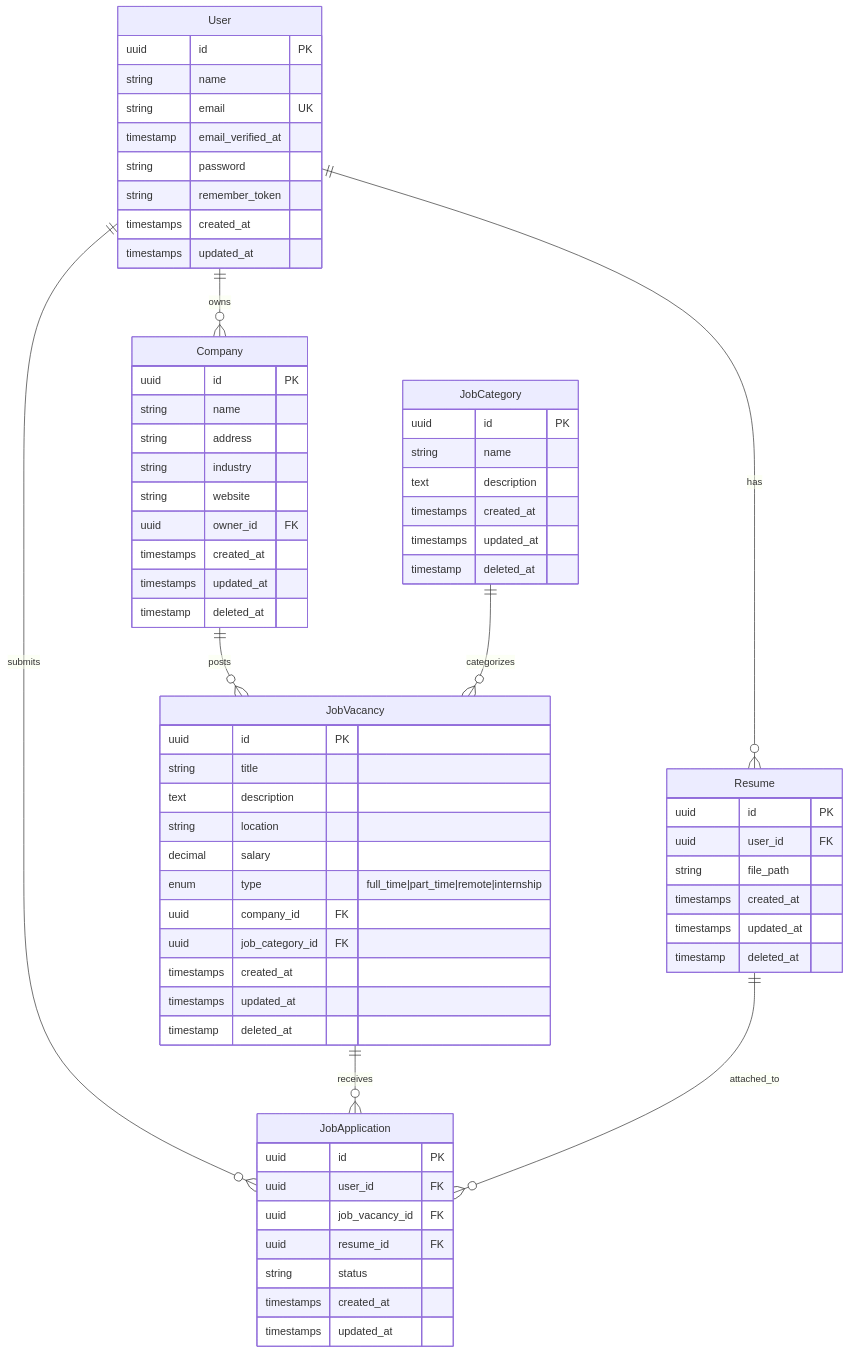
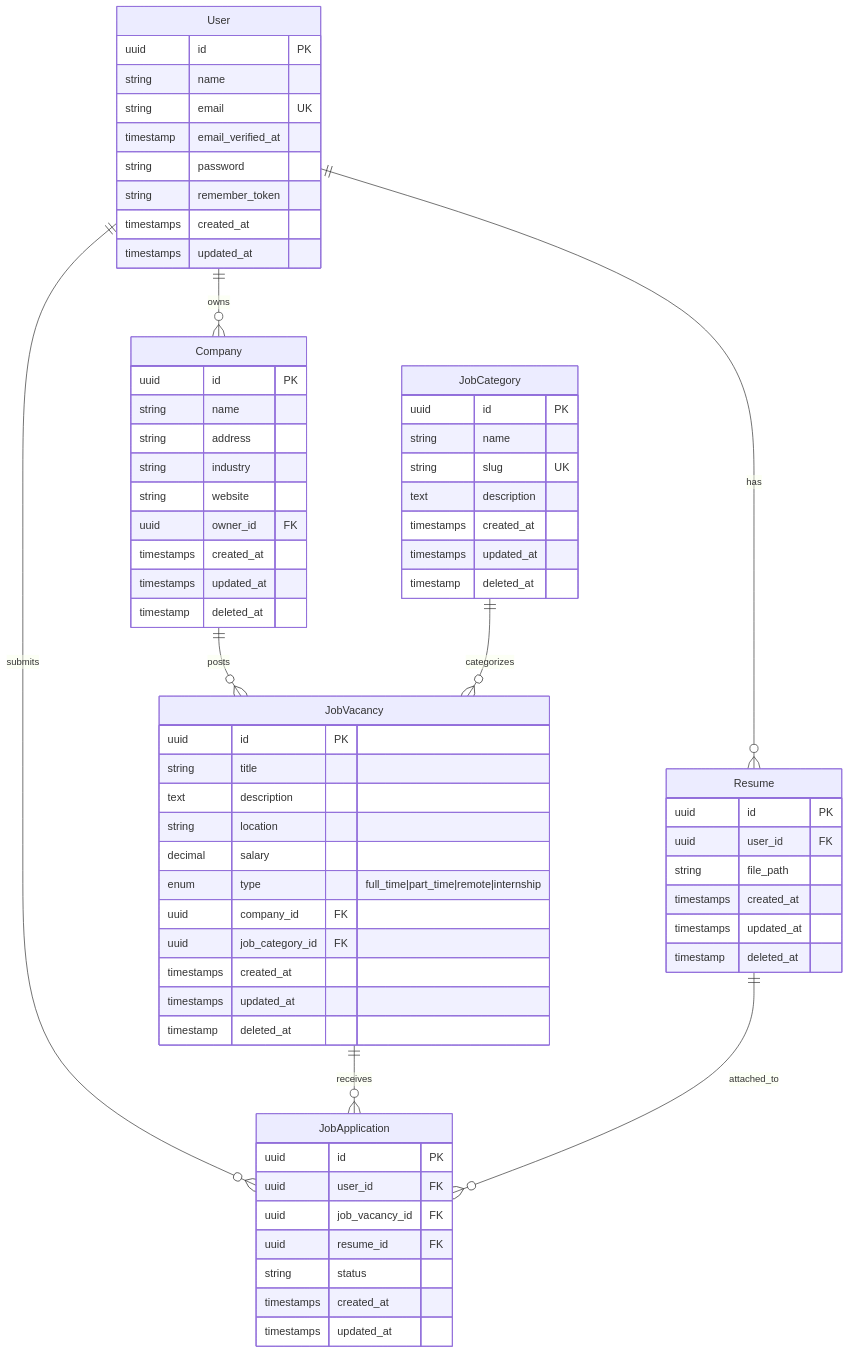
Before and after one commit to Galhoom22/job-board-platform: the diagram in README.md, drawn with Mermaid. The commit also changed other lines of this file and 16 other files, not shown here.

````diff
--- a/README.md
+++ b/README.md
@@ -194,79 +199,80 @@
 ```mermaid
 erDiagram
     User ||--o{ Company : "owns"
     User ||--o{ Resume : "has"
     User ||--o{ JobApplication : "submits"
     
     Company ||--o{ JobVacancy : "posts"
     
     JobCategory ||--o{ JobVacancy : "categorizes"
     
     JobVacancy ||--o{ JobApplication : "receives"
     
     Resume ||--o{ JobApplication : "attached_to"
 
     User {
         uuid id PK
         string name
         string email UK
         timestamp email_verified_at
         string password
         string remember_token
         timestamps created_at
         timestamps updated_at
     }
 
     Company {
         uuid id PK
         string name
         string address
         string industry
         string website
         uuid owner_id FK
         timestamps created_at
         timestamps updated_at
         timestamp deleted_at
     }
 
     JobCategory {
         uuid id PK
         string name
+        string slug UK
         text description
         timestamps created_at
         timestamps updated_at
         timestamp deleted_at
     }
 
     JobVacancy {
         uuid id PK
         string title
         text description
         string location
         decimal salary
         enum type "full_time|part_time|remote|internship"
         uuid company_id FK
         uuid job_category_id FK
         timestamps created_at
         timestamps updated_at
         timestamp deleted_at
     }
 
     Resume {
         uuid id PK
         uuid user_id FK
         string file_path
         timestamps created_at
         timestamps updated_at
         timestamp deleted_at
     }
 
     JobApplication {
         uuid id PK
         uuid user_id FK
         uuid job_vacancy_id FK
         uuid resume_id FK
         string status
         timestamps created_at
         timestamps updated_at
     }
 ```
````
